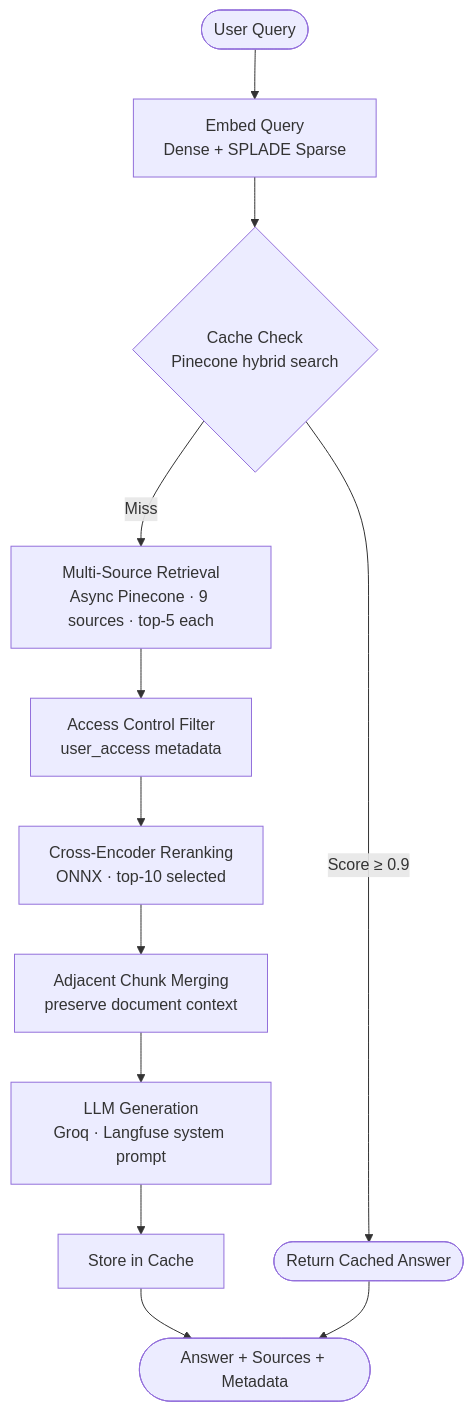
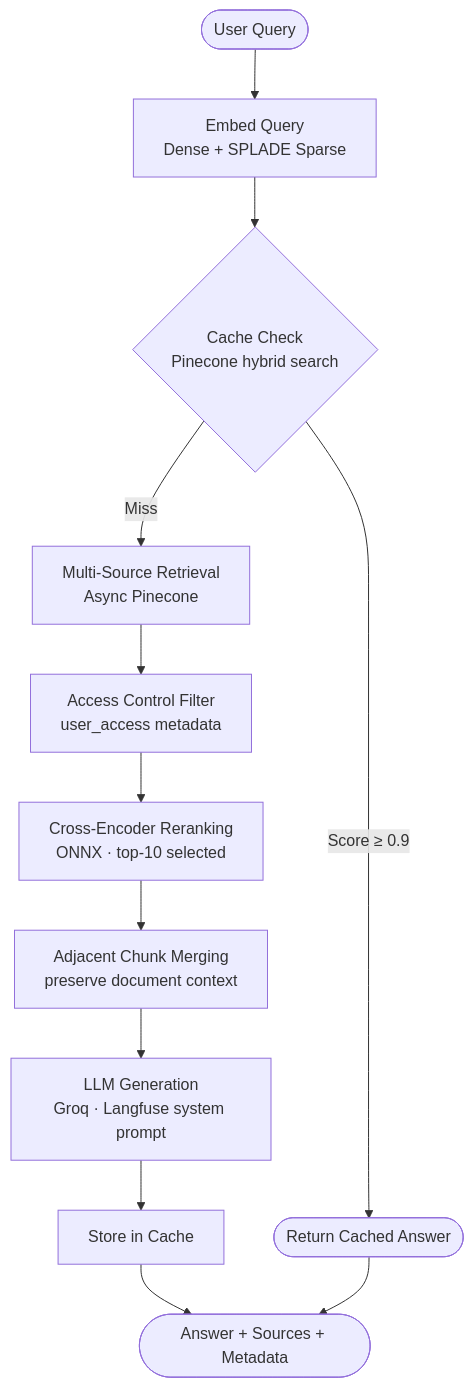
Before and after one commit to mhdSharuk/enterprise-rag: the fourth of 4 diagrams in README.md, drawn with Mermaid. The commit also changed other lines of this file, not shown here.

````diff
--- a/README.md
+++ b/README.md
@@ -285,14 +285,14 @@
 ```mermaid
 flowchart TD
     Q([User Query]) --> E[Embed Query\nDense + SPLADE Sparse]
     E --> CH{Cache Check\nPinecone hybrid search}
     CH -->|Score ≥ 0.9| CR([Return Cached Answer])
-    CH -->|Miss| MR[Multi-Source Retrieval\nAsync Pinecone · 9 sources · top-5 each]
+    CH -->|Miss| MR[Multi-Source Retrieval\nAsync Pinecone]
     MR --> AC[Access Control Filter\nuser_access metadata]
     AC --> RR[Cross-Encoder Reranking\nONNX · top-10 selected]
     RR --> CM[Adjacent Chunk Merging\npreserve document context]
     CM --> GEN[LLM Generation\nGroq · Langfuse system prompt]
     GEN --> SC[Store in Cache]
     SC --> ANS([Answer + Sources + Metadata])
     CR --> ANS
 ```
````
